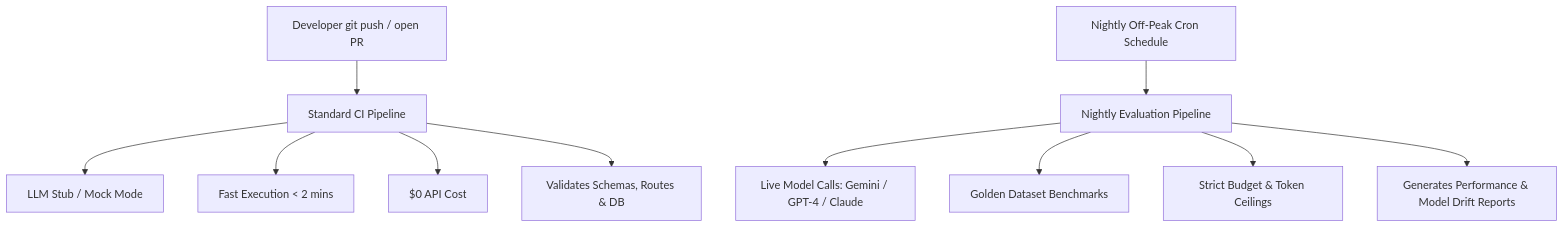
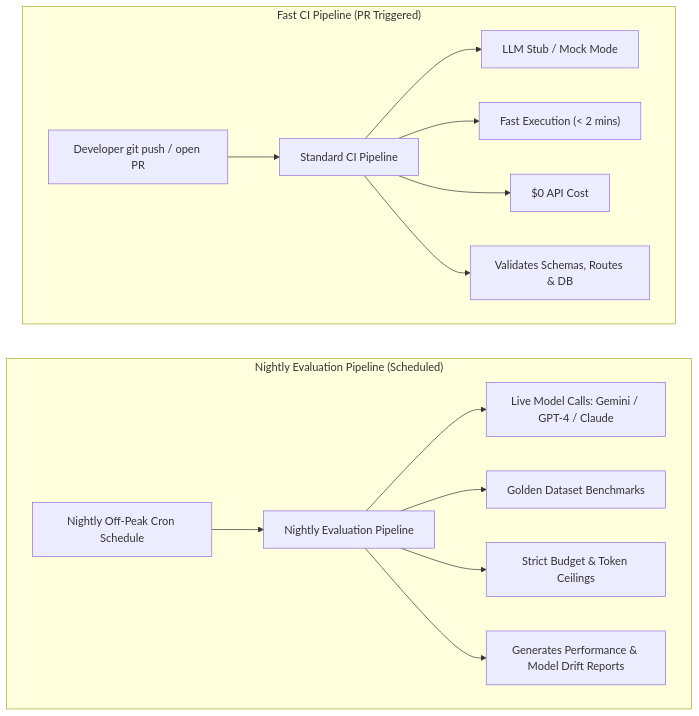
The second of 5 diagrams in content/articles/continuous-evaluation-for-llm.md (Premdeeppd/portfolio), drawn with Mermaid before and after one commit. The commit also changed other lines of this file and 1 other file, not shown here.

Commit message:
sync notion content and update build artifacts

````diff
--- a/content/articles/continuous-evaluation-for-llm.md
+++ b/content/articles/continuous-evaluation-for-llm.md
@@ -70,14 +70,21 @@
 ```mermaid
 flowchart TD
-    A[Developer git push / open PR] --> B[Standard CI Pipeline]
-    B --> B1[LLM Stub / Mock Mode]
-    B --> B2[Fast Execution < 2 mins]
-    B --> B3[$0 API Cost]
-    B --> B4[Validates Schemas, Routes & DB]
+    subgraph CI ["Fast CI Pipeline (PR Triggered)"]
+        A[Developer git push / open PR] --> B[Standard CI Pipeline]
+        B --> B1[LLM Stub / Mock Mode]
+        B --> B2["Fast Execution (< 2 mins)"]
+        B --> B3[$0 API Cost]
+        B --> B4[Validates Schemas, Routes & DB]
+    end
 
-    C[Nightly Off-Peak Cron Schedule] --> D[Nightly Evaluation Pipeline]
-    D --> D1[Live Model Calls: Gemini / GPT-4 / Claude]
-    D --> D2[Golden Dataset Benchmarks]
-    D --> D3[Strict Budget & Token Ceilings]
-    D --> D4[Generates Performance & Model Drift Reports]
+    subgraph Eval ["Nightly Evaluation Pipeline (Scheduled)"]
+        C[Nightly Off-Peak Cron Schedule] --> D[Nightly Evaluation Pipeline]
+        D --> D1[Live Model Calls: Gemini / GPT-4 / Claude]
+        D --> D2[Golden Dataset Benchmarks]
+        D --> D3[Strict Budget & Token Ceilings]
+        D --> D4[Generates Performance & Model Drift Reports]
+    end
+
+    %% Invisible link forcing vertical stacking
+    CI ~~~ Eval
 ```
````
